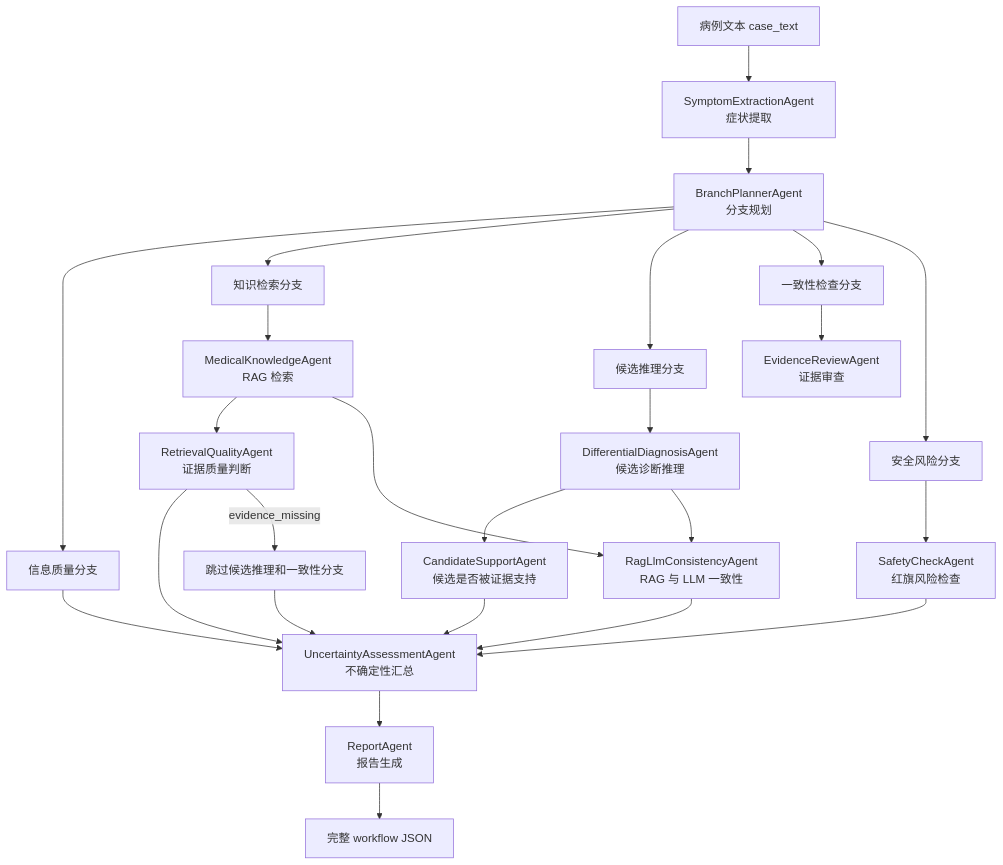
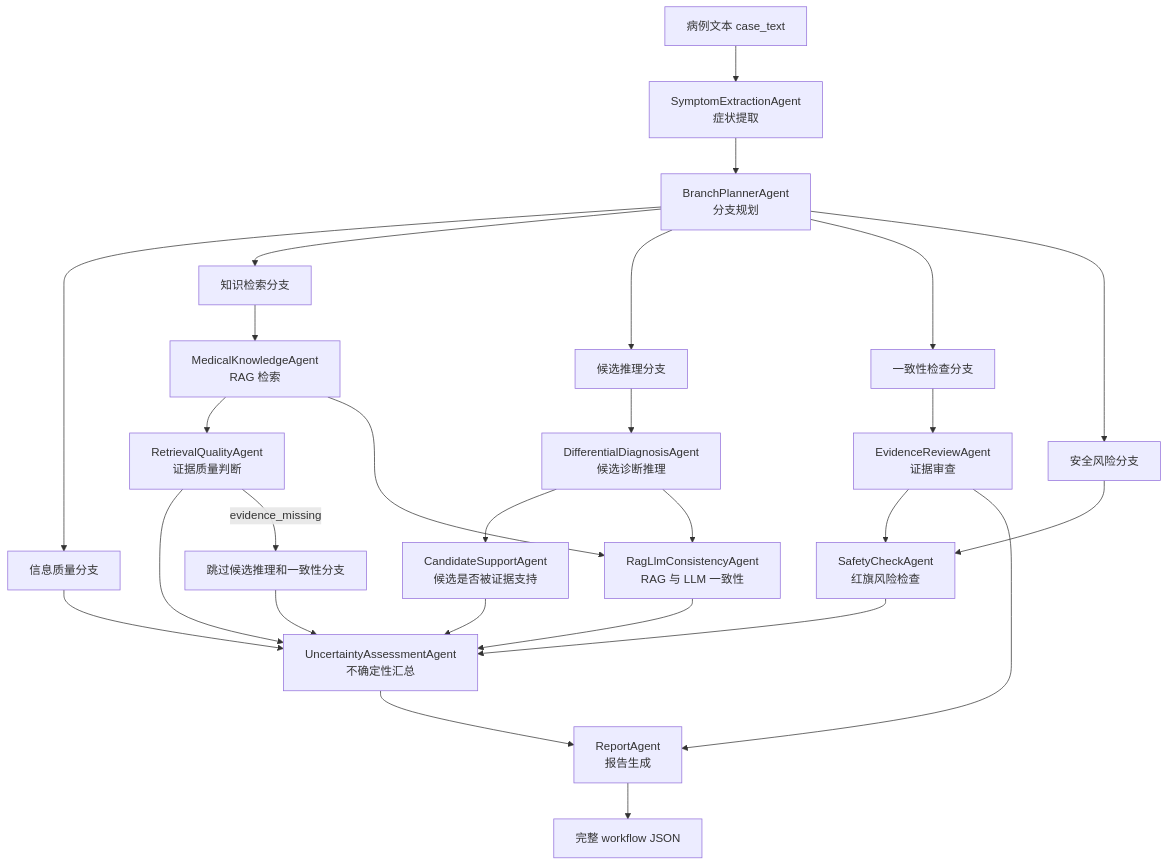
One commit to whytomato/healthcare changed the diagram in README.md. Above: the diagram before and after it, drawn with Mermaid. The commit also changed other lines of this file and 2 other files, not shown here.

````diff
--- a/README.md
+++ b/README.md
@@ -12,35 +12,37 @@
 ```mermaid
 flowchart TD
     A[病例文本 case_text] --> B[SymptomExtractionAgent<br/>症状提取]
     B --> C[BranchPlannerAgent<br/>分支规划]
 
     C --> IQ[信息质量分支]
     C --> KR[知识检索分支]
     C --> CR[候选推理分支]
     C --> CO[一致性检查分支]
     C --> SR[安全风险分支]
 
     IQ --> U[UncertaintyAssessmentAgent<br/>不确定性汇总]
 
     KR --> MK[MedicalKnowledgeAgent<br/>RAG 检索]
     MK --> RQ[RetrievalQualityAgent<br/>证据质量判断]
     RQ --> U
 
     RQ -- evidence_missing --> SKIP[跳过候选推理和一致性分支]
     SKIP --> U
 
     CR --> DD[DifferentialDiagnosisAgent<br/>候选诊断推理]
     DD --> CS[CandidateSupportAgent<br/>候选是否被证据支持]
     CS --> U
 
     CO --> ER[EvidenceReviewAgent<br/>证据审查]
+    ER --> SC
+    ER --> RP
     MK --> RC[RagLlmConsistencyAgent<br/>RAG 与 LLM 一致性]
     DD --> RC
     RC --> U
 
     SR --> SC[SafetyCheckAgent<br/>红旗风险检查]
     SC --> U
 
     U --> RP[ReportAgent<br/>报告生成]
     RP --> OUT[完整 workflow JSON]
 ```
````
